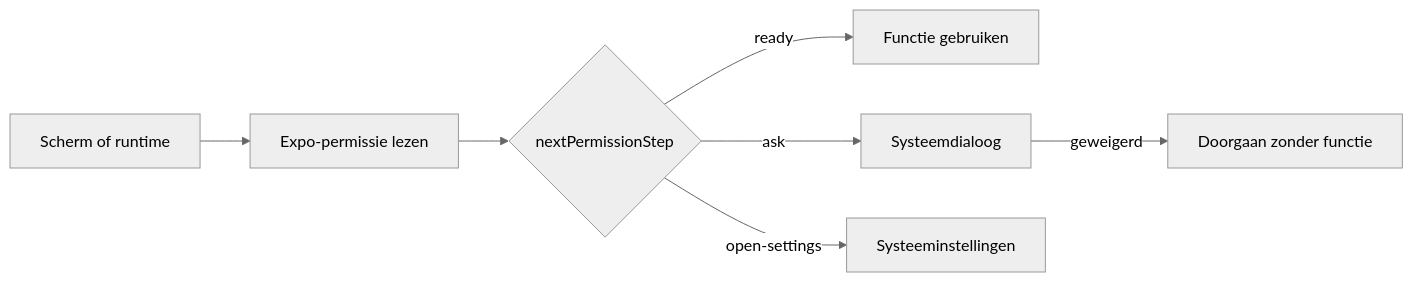
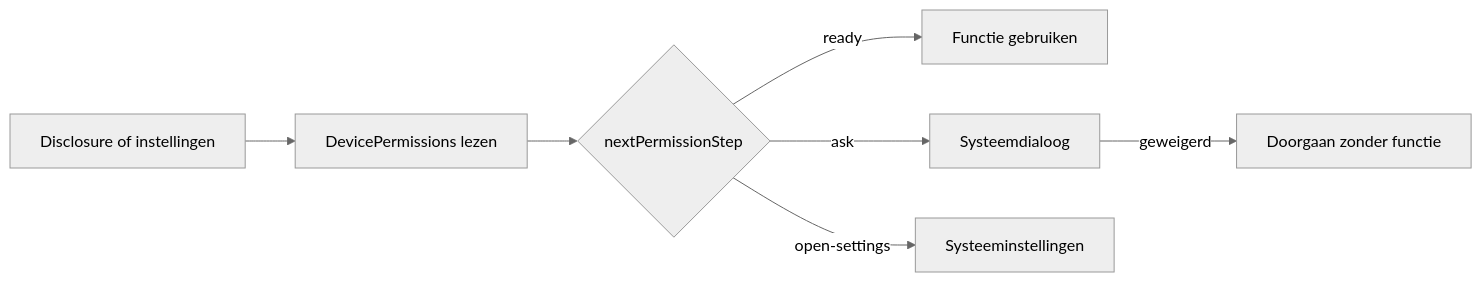
The diagram in docs/wiki/toestemmingen.md (crfarber/vaneijck-berger-app), drawn with Mermaid (neutral theme) before and after one commit. The commit also changed other lines of this file and 222 other files, not shown here.

````diff
--- a/docs/wiki/toestemmingen.md
+++ b/docs/wiki/toestemmingen.md
@@ -21,9 +27,9 @@
 ```mermaid
 flowchart LR
-    A[Scherm of runtime] --> B[Expo-permissie lezen]
+    A[Disclosure of instellingen] --> B[DevicePermissions lezen]
     B --> C{nextPermissionStep}
     C -->|ready| D[Functie gebruiken]
     C -->|ask| E[Systeemdialoog]
     C -->|open-settings| F[Systeeminstellingen]
     E -->|geweigerd| G[Doorgaan zonder functie]
 ```
````
